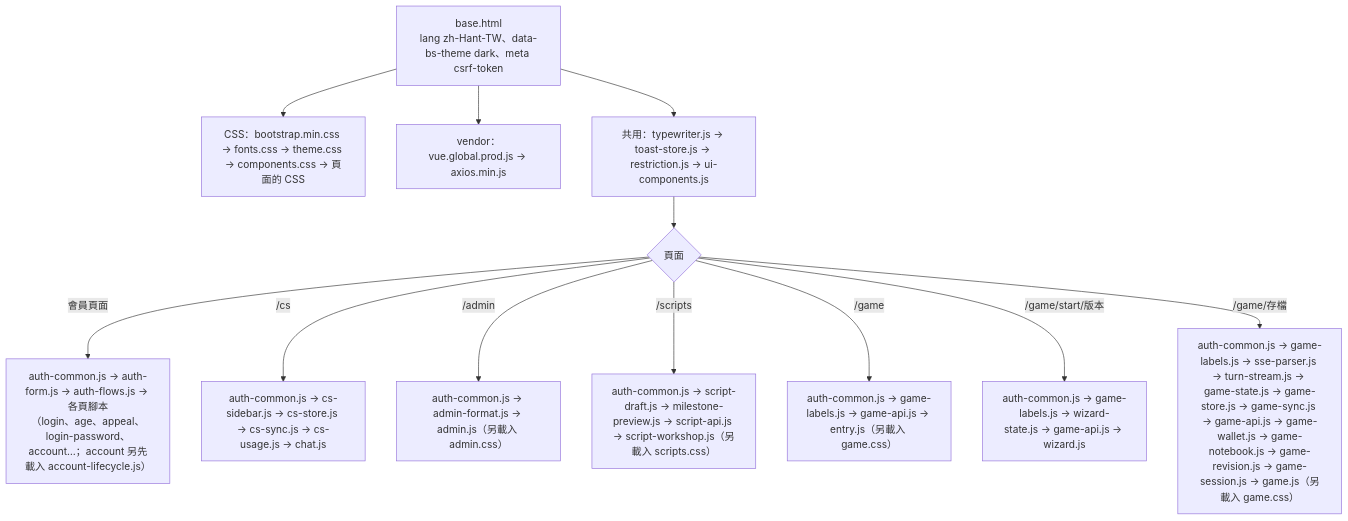
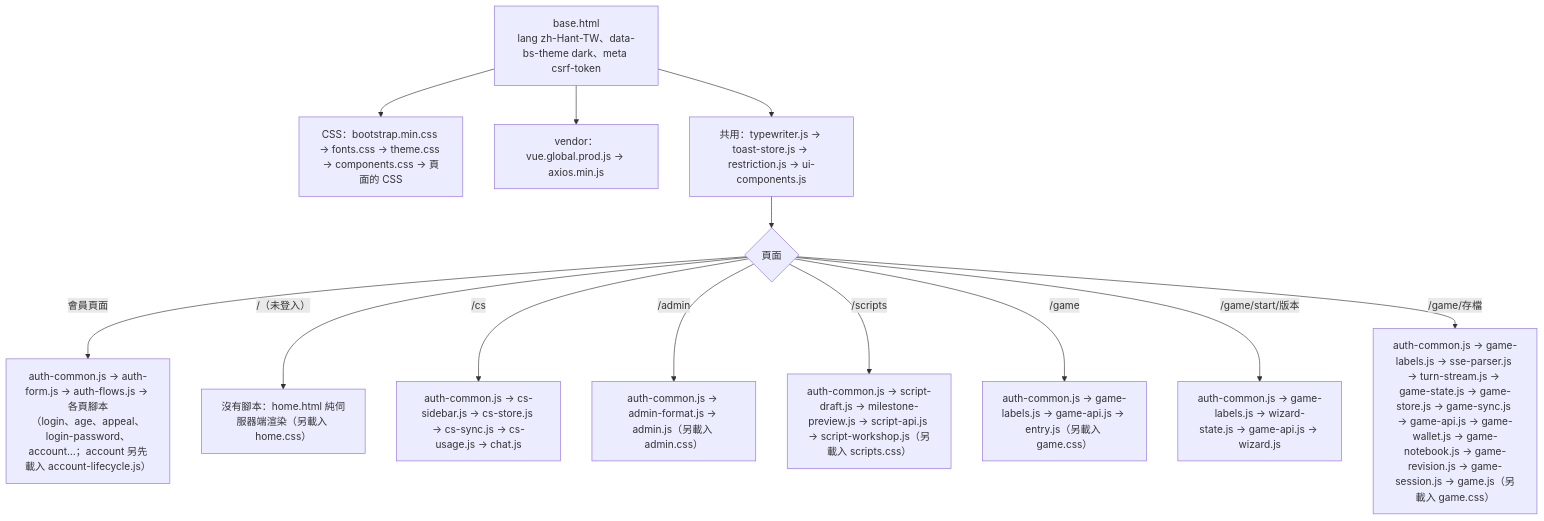
The first of 12 diagrams in docs/前端結構-frontend.md (pp466pp466/R.A.C), drawn with Mermaid before and after one commit. The commit also changed other lines of this file and 5 other files, not shown here.

````diff
--- a/docs/前端結構-frontend.md
+++ b/docs/前端結構-frontend.md
@@ -11,15 +11,16 @@
 ```mermaid
 flowchart TD
     Base["base.html<br/>lang zh-Hant-TW、data-bs-theme dark、meta csrf-token"]
     Base --> Css["CSS：bootstrap.min.css → fonts.css → theme.css → components.css → 頁面的 CSS"]
     Base --> Vendor["vendor：vue.global.prod.js → axios.min.js"]
     Base --> Ui["共用：typewriter.js → toast-store.js → restriction.js → ui-components.js"]
     Ui --> Page{"頁面"}
     Page -->|"會員頁面"| Auth["auth-common.js → auth-form.js → auth-flows.js → 各頁腳本<br/>（login、age、appeal、login-password、account…；account 另先載入 account-lifecycle.js）"]
+    Page -->|"/（未登入）"| Home["沒有腳本：home.html 純伺服器端渲染（另載入 home.css）"]
     Page -->|"/cs"| Cs["auth-common.js → cs-sidebar.js → cs-store.js → cs-sync.js → cs-usage.js → chat.js"]
     Page -->|"/admin"| Adm["auth-common.js → admin-format.js → admin.js（另載入 admin.css）"]
     Page -->|"/scripts"| Scr["auth-common.js → script-draft.js → milestone-preview.js → script-api.js → script-workshop.js（另載入 scripts.css）"]
     Page -->|"/game"| Gm["auth-common.js → game-labels.js → game-api.js → entry.js（另載入 game.css）"]
     Page -->|"/game/start/版本"| Wzd["auth-common.js → game-labels.js → wizard-state.js → game-api.js → wizard.js"]
     Page -->|"/game/存檔"| Gsv["auth-common.js → game-labels.js → sse-parser.js → turn-stream.js → game-state.js → game-store.js → game-sync.js → game-api.js → game-wallet.js → game-notebook.js → game-revision.js → game-session.js → game.js（另載入 game.css）"]
 ```
````
